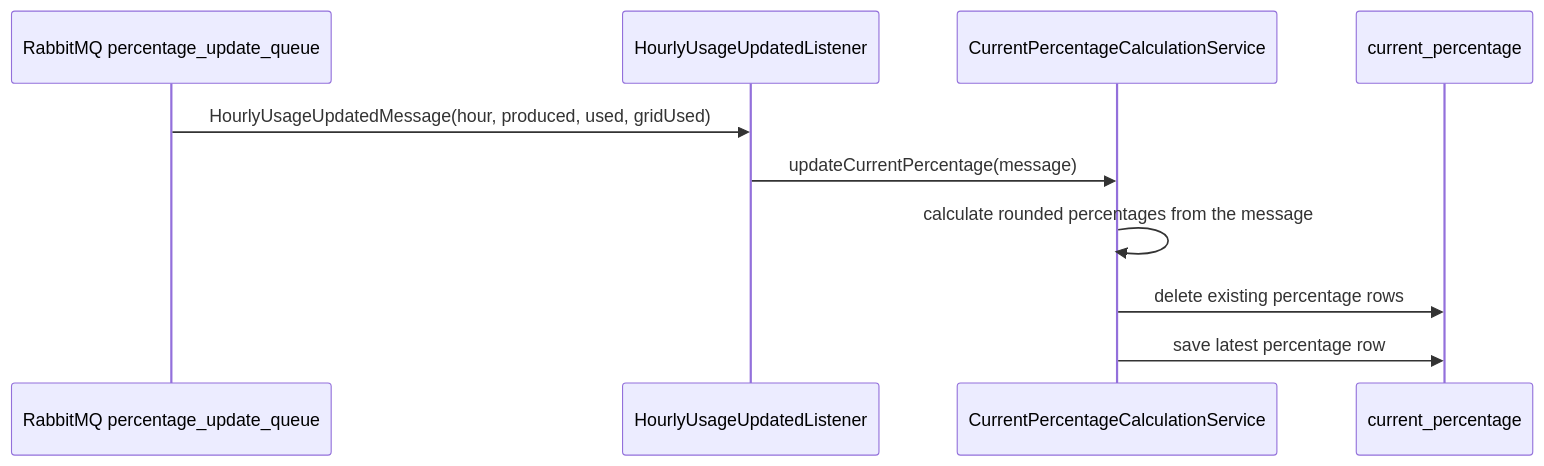
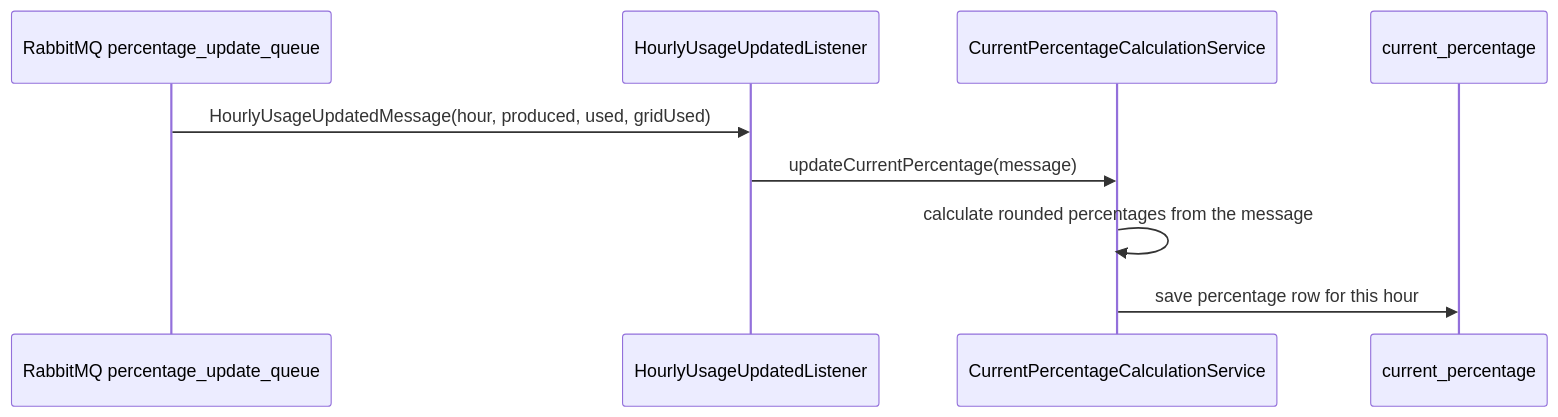
The second of 2 diagrams in docs/modules-documentation/percentage-service.md (Dev02Liu/energy_community_project), drawn with Mermaid before and after one commit. The commit also changed other lines of this file and 5 other files, not shown here.

````diff
--- a/docs/modules-documentation/percentage-service.md
+++ b/docs/modules-documentation/percentage-service.md
@@ -83,13 +82,12 @@
 ```mermaid
 sequenceDiagram
     participant Q as RabbitMQ percentage_update_queue
     participant L as HourlyUsageUpdatedListener
     participant S as CurrentPercentageCalculationService
     participant CP as current_percentage
 
     Q->>L: HourlyUsageUpdatedMessage(hour, produced, used, gridUsed)
     L->>S: updateCurrentPercentage(message)
     S->>S: calculate rounded percentages from the message
-    S->>CP: delete existing percentage rows
-    S->>CP: save latest percentage row
+    S->>CP: save percentage row for this hour
 ```
````
